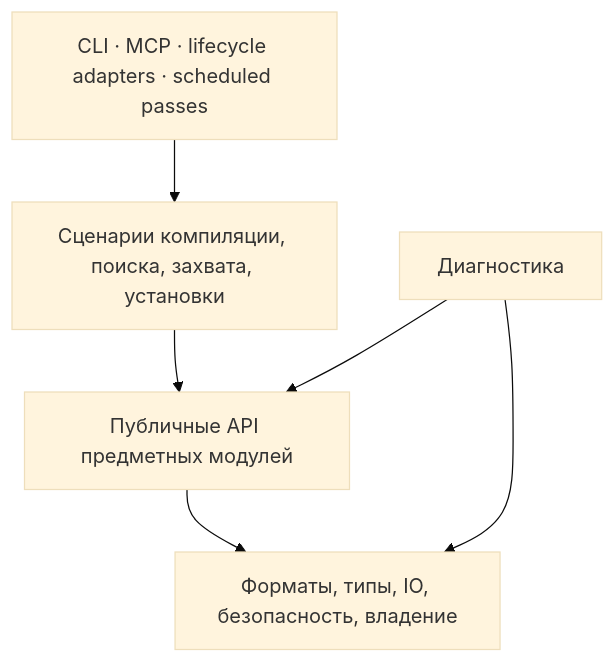
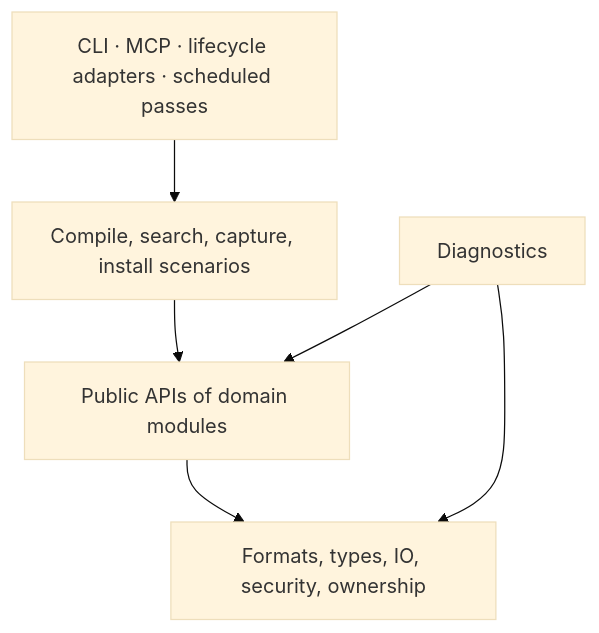
One commit to Ekgardt/llm-wiki changed the diagram in docs/research/2026-11-02-module-boundaries-and-token-budget.md. Above: the diagram before and after it, drawn with Mermaid (base theme). The commit also changed other lines of this file and 149 other files, not shown here.

````diff
--- a/docs/research/2026-11-02-module-boundaries-and-token-budget.md
+++ b/docs/research/2026-11-02-module-boundaries-and-token-budget.md
@@ -182,8 +182,8 @@
 ```mermaid
 flowchart TD
-  A[CLI · MCP · lifecycle adapters · scheduled passes] --> B[Сценарии компиляции, поиска, захвата, установки]
-  B --> C[Публичные API предметных модулей]
-  C --> D[Форматы, типы, IO, безопасность, владение]
-  E[Диагностика] --> C
+  A[CLI · MCP · lifecycle adapters · scheduled passes] --> B[Compile, search, capture, install scenarios]
+  B --> C[Public APIs of domain modules]
+  C --> D[Formats, types, IO, security, ownership]
+  E[Diagnostics] --> C
   E --> D
 ```
````
